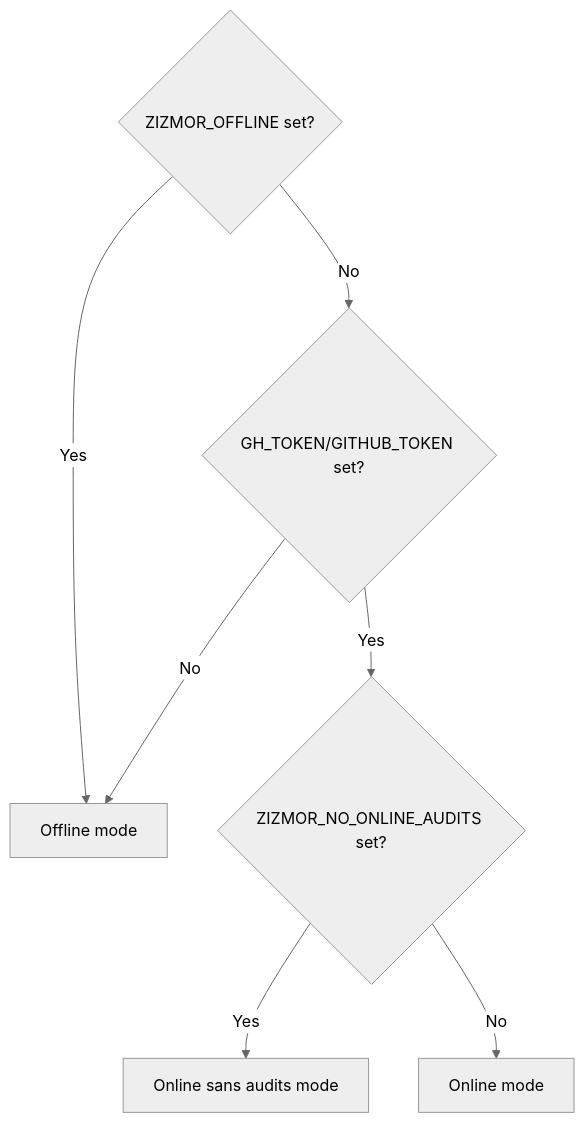
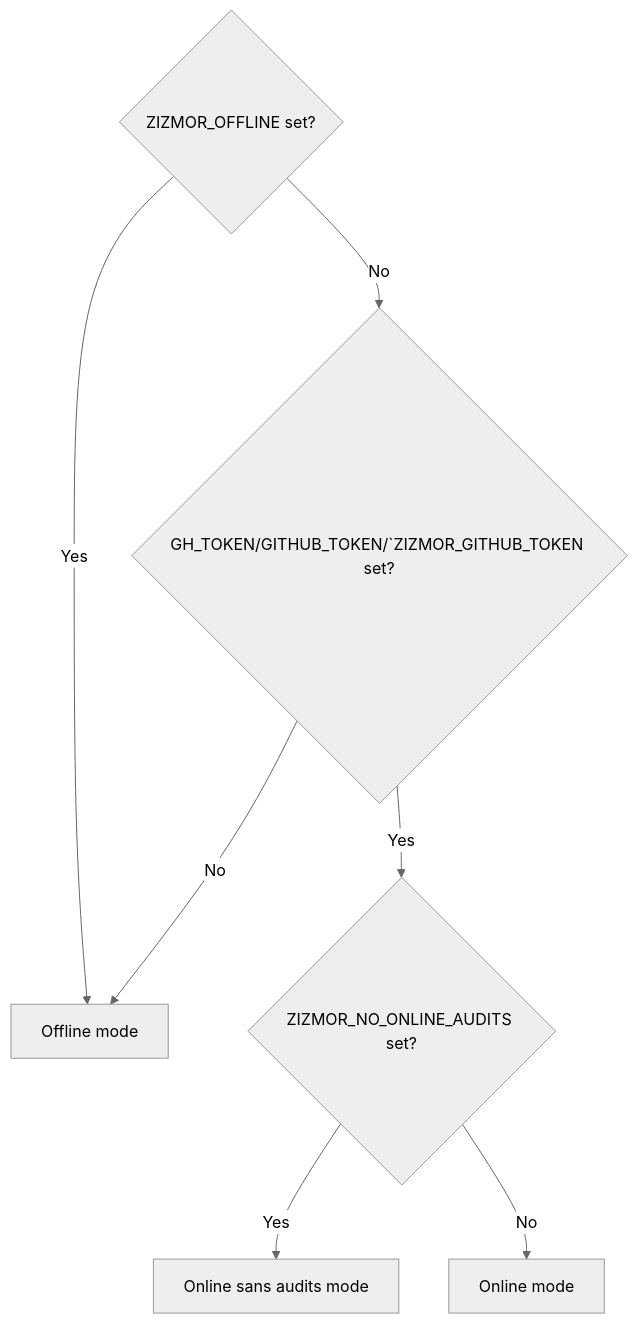
Before and after one commit to zizmorcore/zizmor: the diagram in docs/usage.md, drawn with Mermaid (neutral theme). The commit also changed other lines of this file and 3 other files, not shown here.

Commit message:
feat(gh-token): add support for ZIZMOR_GITHUB_TOKEN

````diff
--- a/docs/usage.md
+++ b/docs/usage.md
@@ -136,9 +136,9 @@
 ```mermaid
 flowchart TD
   B{ZIZMOR_OFFLINE set?} -- Yes --> C[Offline mode]
-  B -- No --> D{GH_TOKEN/GITHUB_TOKEN set?}
+  B -- No --> D{GH_TOKEN/GITHUB_TOKEN/`ZIZMOR_GITHUB_TOKEN set?}
   D -- No --> C
   D -- Yes --> E{ZIZMOR_NO_ONLINE_AUDITS set?}
   E -- Yes --> F[Online sans audits mode]
   E -- No --> G[Online mode]
 ```
````
